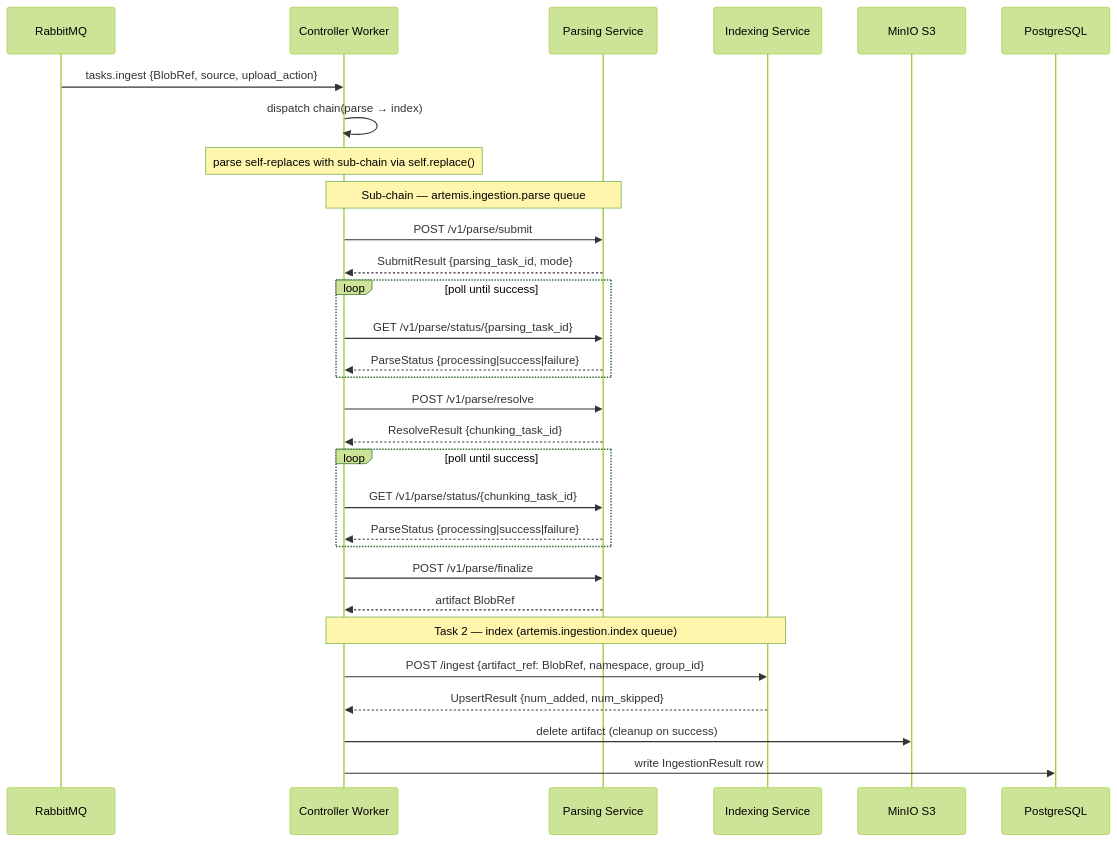
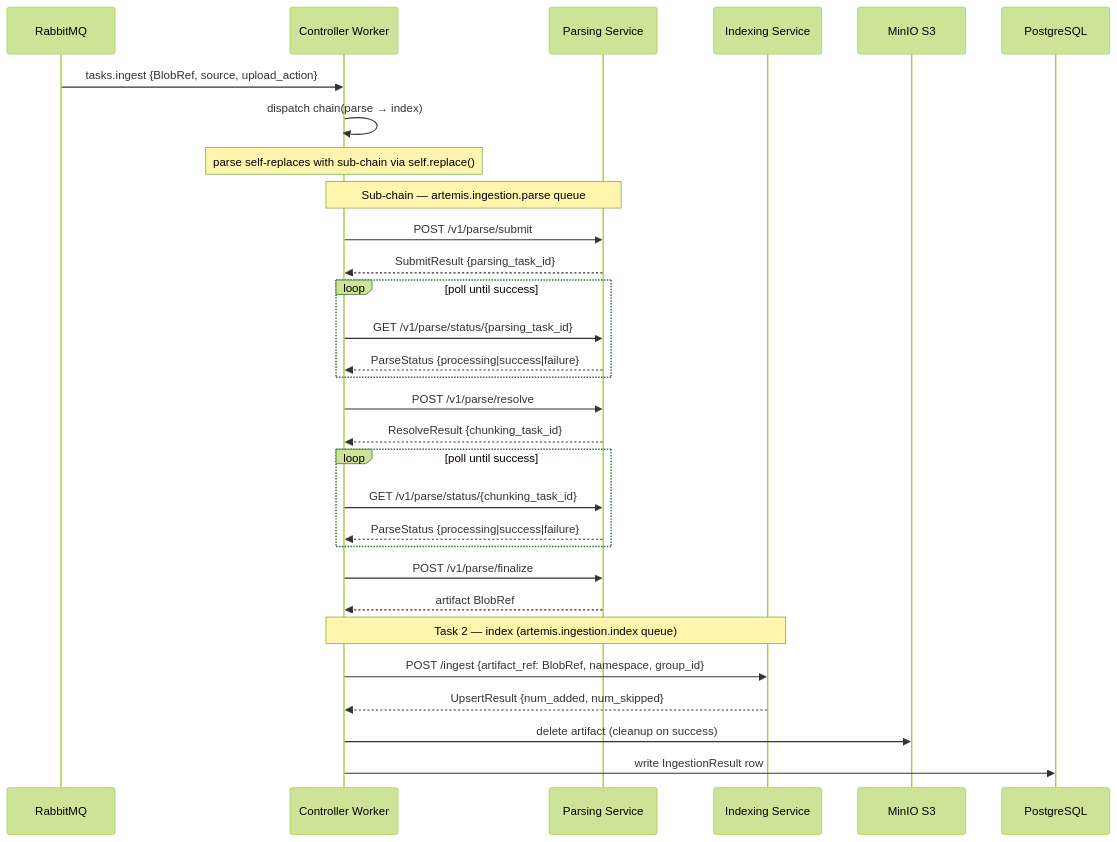
The second of 4 diagrams in docs/architecture/ingestion-subsystem.md (k-sparrow/artemis), drawn with Mermaid (forest theme) before and after one commit. The commit also changed other lines of this file and 3 other files, not shown here.

````diff
--- a/docs/architecture/ingestion-subsystem.md
+++ b/docs/architecture/ingestion-subsystem.md
@@ -109,36 +113,36 @@
 ```mermaid
 sequenceDiagram
     participant Q as RabbitMQ
     participant CW as Controller Worker
     participant PS as Parsing Service
     participant IS as Indexing Service
     participant S3 as MinIO S3
     participant PG as PostgreSQL
 
     Q->>CW: tasks.ingest {BlobRef, source, upload_action}
     CW->>CW: dispatch chain(parse → index)
     note over CW: parse self-replaces with sub-chain via self.replace()
 
     note over CW,PS: Sub-chain — artemis.ingestion.parse queue
     CW->>PS: POST /v1/parse/submit
-    PS-->>CW: SubmitResult {parsing_task_id, mode}
+    PS-->>CW: SubmitResult {parsing_task_id}
     loop poll until success
         CW->>PS: GET /v1/parse/status/{parsing_task_id}
         PS-->>CW: ParseStatus {processing|success|failure}
     end
     CW->>PS: POST /v1/parse/resolve
     PS-->>CW: ResolveResult {chunking_task_id}
     loop poll until success
         CW->>PS: GET /v1/parse/status/{chunking_task_id}
         PS-->>CW: ParseStatus {processing|success|failure}
     end
     CW->>PS: POST /v1/parse/finalize
     PS-->>CW: artifact BlobRef
 
     note over CW,IS: Task 2 — index (artemis.ingestion.index queue)
     CW->>IS: POST /ingest {artifact_ref: BlobRef, namespace, group_id}
     IS-->>CW: UpsertResult {num_added, num_skipped}
 
     CW->>S3: delete artifact (cleanup on success)
     CW->>PG: write IngestionResult row
 ```
````
